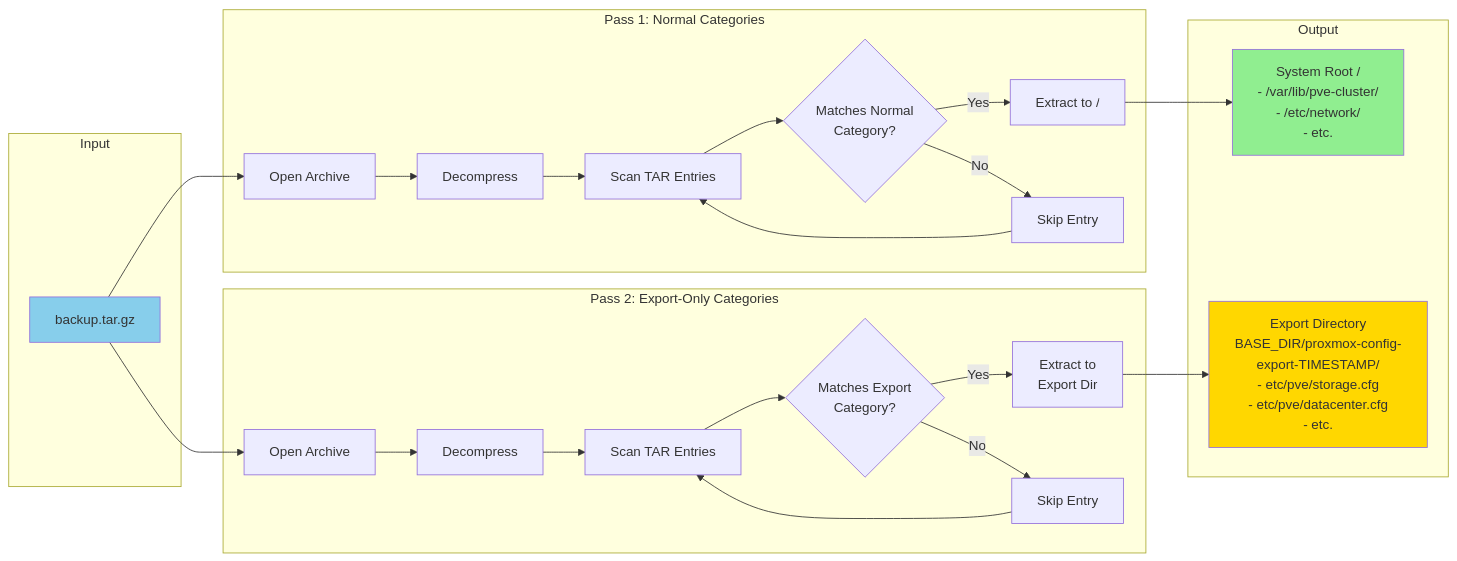
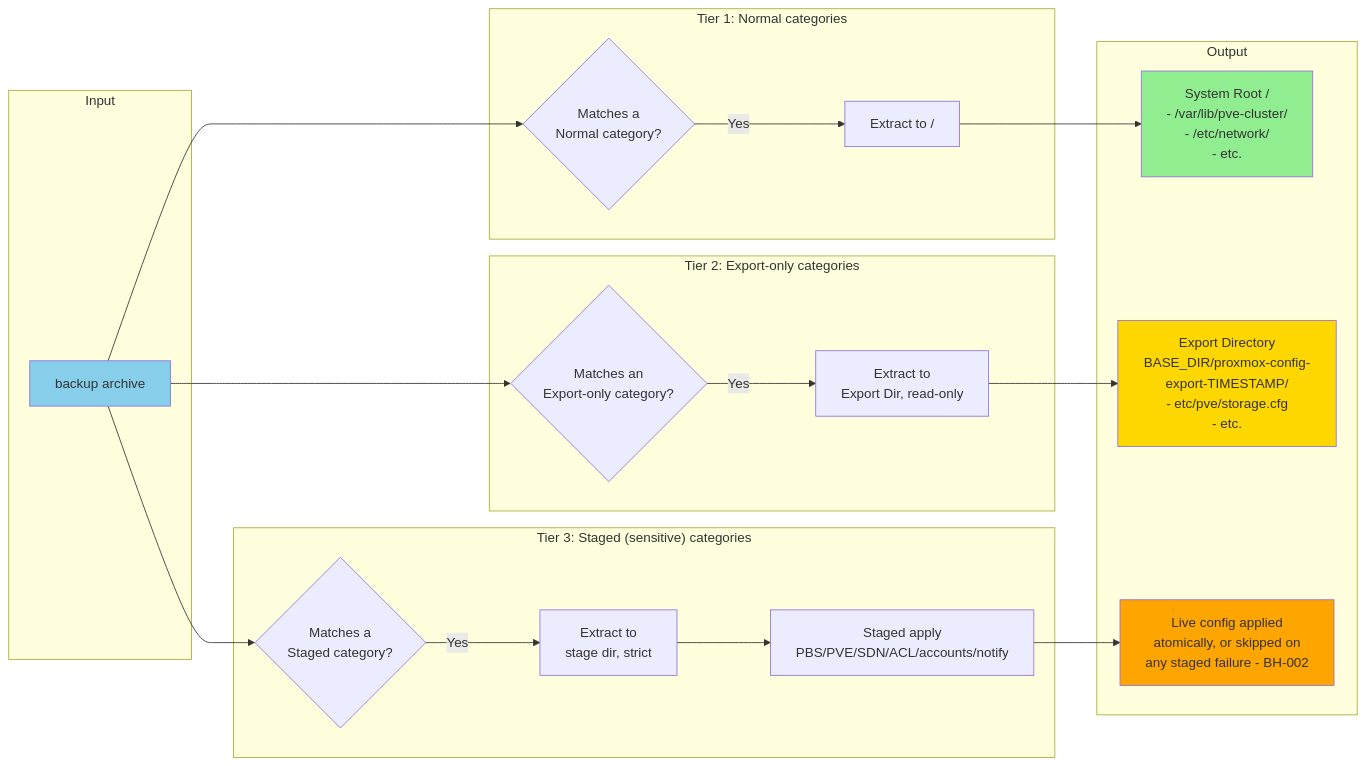
One commit to tis24dev/proxsave changed the fourth of 13 diagrams in docs/RESTORE_DIAGRAMS.md. Above: the diagram before and after it, drawn with Mermaid. The commit also changed other lines of this file and 503 other files, not shown here.

````diff
--- a/docs/RESTORE_DIAGRAMS.md
+++ b/docs/RESTORE_DIAGRAMS.md
@@ -219,51 +225,42 @@
 ```mermaid
 flowchart LR
     subgraph Input
-        Archive[backup.tar.gz]
+        Archive[backup archive]
     end
 
-    subgraph "Pass 1: Normal Categories"
-        Open1[Open Archive]
-        Decompress1[Decompress]
-        Scan1[Scan TAR Entries]
-        Filter1{Matches Normal<br/>Category?}
+    subgraph "Tier 1: Normal categories"
+        Filter1{Matches a<br/>Normal category?}
         Extract1[Extract to /]
-        Skip1[Skip Entry]
     end
 
-    subgraph "Pass 2: Export-Only Categories"
-        Open2[Open Archive]
-        Decompress2[Decompress]
-        Scan2[Scan TAR Entries]
-        Filter2{Matches Export<br/>Category?}
-        Extract2[Extract to<br/>Export Dir]
-        Skip2[Skip Entry]
+    subgraph "Tier 2: Export-only categories"
+        Filter2{Matches an<br/>Export-only category?}
+        Extract2[Extract to<br/>Export Dir, read-only]
+    end
+
+    subgraph "Tier 3: Staged (sensitive) categories"
+        Filter3{Matches a<br/>Staged category?}
+        Stage3[Extract to<br/>stage dir, strict]
+        Apply3[Staged apply<br/>PBS/PVE/SDN/ACL/accounts/notify]
     end
 
     subgraph Output
         SystemRoot[System Root /<br/>- /var/lib/pve-cluster/<br/>- /etc/network/<br/>- etc.]
-        ExportDir[Export Directory<br/>BASE_DIR/proxmox-config-export-TIMESTAMP/<br/>- etc/pve/storage.cfg<br/>- etc/pve/datacenter.cfg<br/>- etc.]
+        ExportDir[Export Directory<br/>BASE_DIR/proxmox-config-export-TIMESTAMP/<br/>- etc/pve/storage.cfg<br/>- etc.]
+        Live[Live config applied<br/>atomically, or skipped on<br/>any staged failure - BH-002]
     end
 
-    Archive --> Open1
-    Open1 --> Decompress1
-    Decompress1 --> Scan1
-    Scan1 --> Filter1
-    Filter1 -->|Yes| Extract1
-    Filter1 -->|No| Skip1
-    Skip1 --> Scan1
-    Extract1 --> SystemRoot
+    Archive --> Filter1
+    Filter1 -->|Yes| Extract1 --> SystemRoot
 
-    Archive --> Open2
-    Open2 --> Decompress2
-    Decompress2 --> Scan2
-    Scan2 --> Filter2
-    Filter2 -->|Yes| Extract2
-    Filter2 -->|No| Skip2
-    Skip2 --> Scan2
-    Extract2 --> ExportDir
+    Archive --> Filter2
+    Filter2 -->|Yes| Extract2 --> ExportDir
+
+    Archive --> Filter3
+    Filter3 -->|Yes| Stage3 --> Apply3 --> Live
 
     style Archive fill:#87CEEB
     style SystemRoot fill:#90EE90
     style ExportDir fill:#FFD700
+    style Live fill:#FFA500
 ```
````
